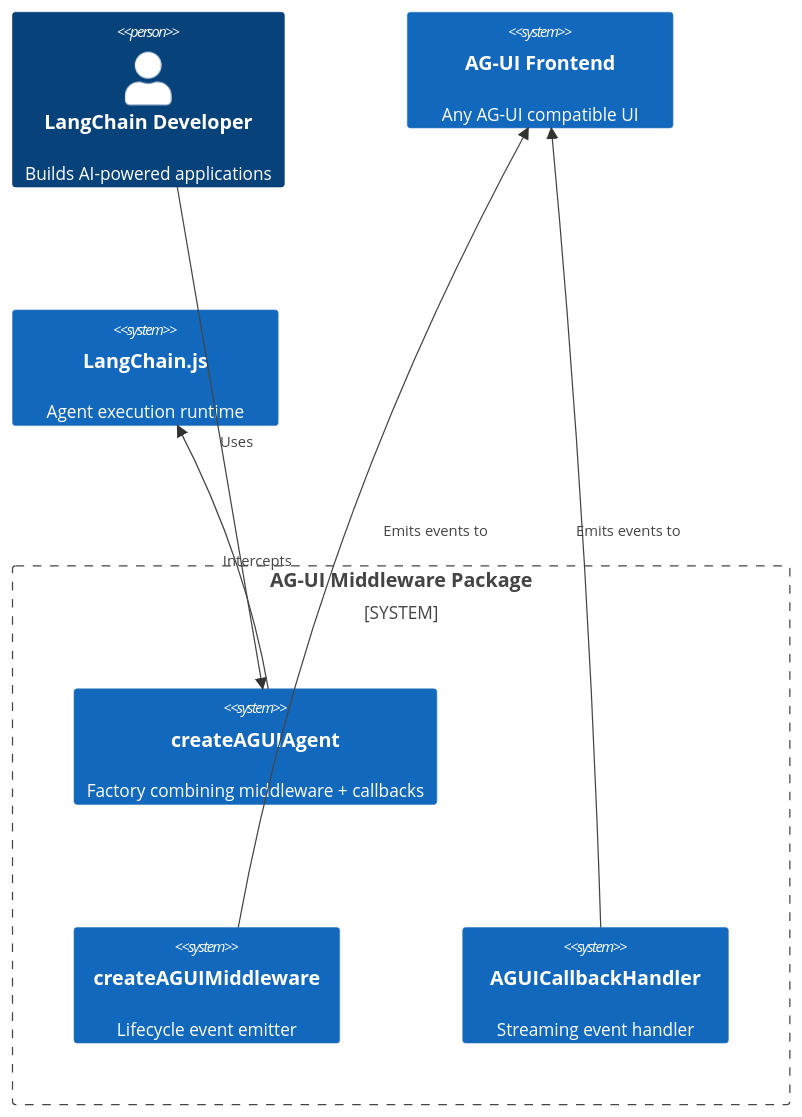
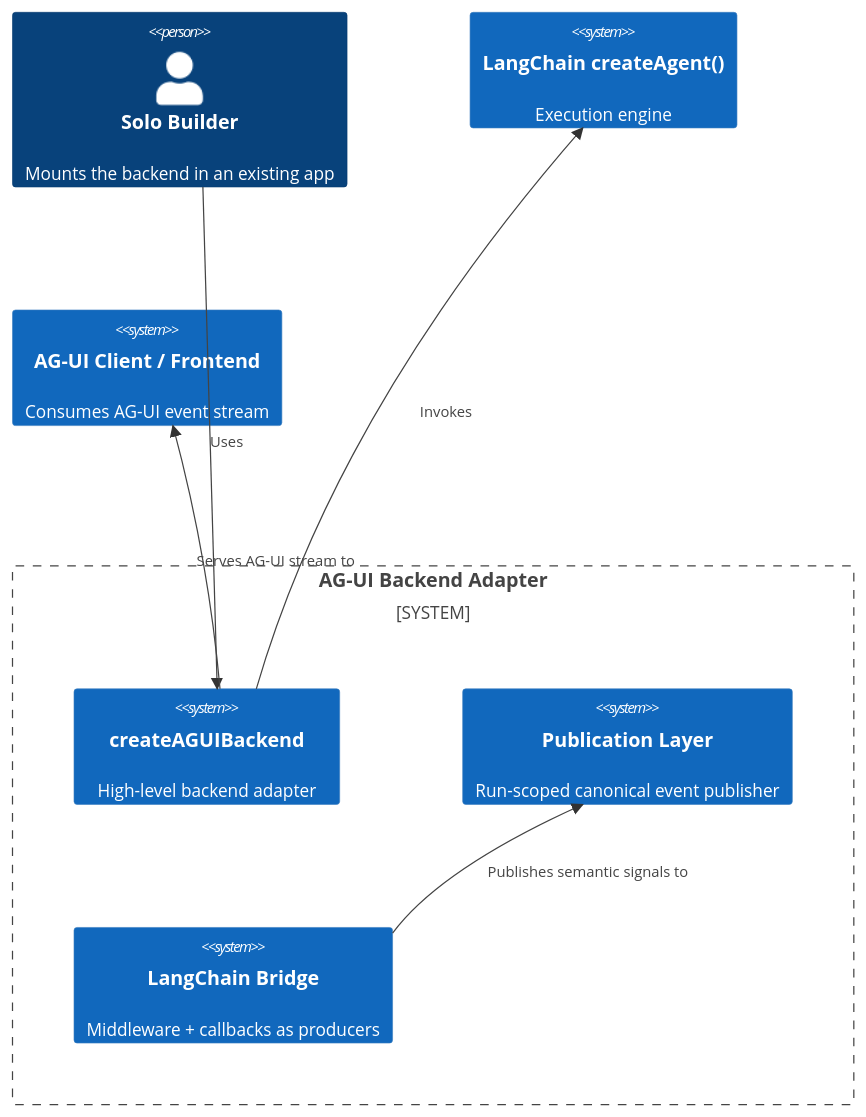
Before and after one commit to SkrOYC/langchain-middlewares-callbacks-ts: the first of 2 diagrams in packages/ag-ui-middleware-callbacks/docs/PRD.md, drawn with Mermaid. The commit also changed other lines of this file and 3 other files, not shown here.

````diff
--- a/packages/ag-ui-middleware-callbacks/docs/PRD.md
+++ b/packages/ag-ui-middleware-callbacks/docs/PRD.md
@@ -195,16 +214,16 @@
 ```mermaid
 C4Context
-  Person(LangChainDev, "LangChain Developer", "Builds AI-powered applications")
-  System_Boundary(AGUIMiddleware, "AG-UI Middleware Package") {
-    System(createAGUIAgent, "createAGUIAgent", "Factory combining middleware + callbacks")
-    System(AGUIMiddleware, "createAGUIMiddleware", "Lifecycle event emitter")
-    System(AGUICallbackHandler, "AGUICallbackHandler", "Streaming event handler")
+  Person(Builder, "Solo Builder", "Mounts the backend in an existing app")
+  System_Boundary(Adapter, "AG-UI Backend Adapter") {
+    System(Backend, "createAGUIBackend", "High-level backend adapter")
+    System(Publisher, "Publication Layer", "Run-scoped canonical event publisher")
+    System(Bridge, "LangChain Bridge", "Middleware + callbacks as producers")
   }
-  System(AGUIFrontend, "AG-UI Frontend", "Any AG-UI compatible UI")
-  System(LangChain, "LangChain.js", "Agent execution runtime")
+  System(LangChain, "LangChain createAgent()", "Execution engine")
+  System(Client, "AG-UI Client / Frontend", "Consumes AG-UI event stream")
 
-  Rel(LangChainDev, createAGUIAgent, "Uses")
-  Rel(createAGUIAgent, LangChain, "Intercepts")
-  Rel(AGUIMiddleware, AGUIFrontend, "Emits events to")
-  Rel(AGUICallbackHandler, AGUIFrontend, "Emits events to")
+  Rel(Builder, Backend, "Uses")
+  Rel(Backend, LangChain, "Invokes")
+  Rel(Bridge, Publisher, "Publishes semantic signals to")
+  Rel(Backend, Client, "Serves AG-UI stream to")
 ```
````
